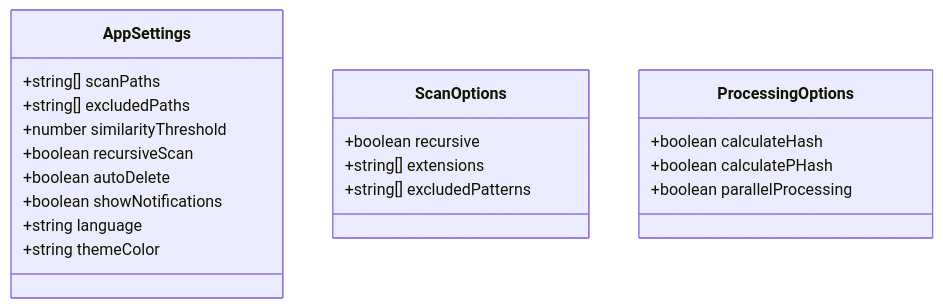
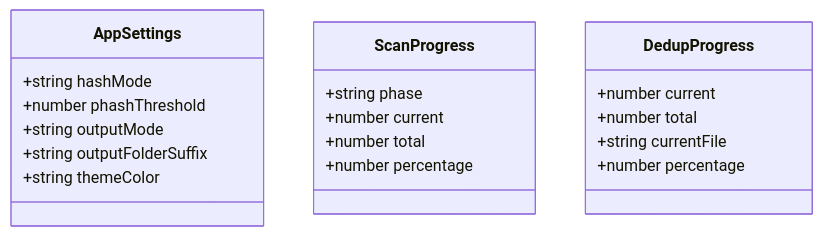
One commit to remgasuki/ReDoPhoto changed the fourth of 10 diagrams in .qoder/repowiki/zh/content/API参考手册/类型定义参考.md. Above: the diagram before and after it, drawn with Mermaid. The commit also changed other lines of this file and 39 other files, not shown here.

````diff
--- a/.qoder/repowiki/zh/content/API参考手册/类型定义参考.md
+++ b/.qoder/repowiki/zh/content/API参考手册/类型定义参考.md
@@ -171,23 +149,22 @@
 ```mermaid
 classDiagram
 class AppSettings {
-+string[] scanPaths
-+string[] excludedPaths
-+number similarityThreshold
-+boolean recursiveScan
-+boolean autoDelete
-+boolean showNotifications
-+string language
++string hashMode
++number phashThreshold
++string outputMode
++string outputFolderSuffix
 +string themeColor
 }
-class ScanOptions {
-+boolean recursive
-+string[] extensions
-+string[] excludedPatterns
+class ScanProgress {
++string phase
++number current
++number total
++number percentage
 }
-class ProcessingOptions {
-+boolean calculateHash
-+boolean calculatePHash
-+boolean parallelProcessing
+class DedupProgress {
++number current
++number total
++string currentFile
++number percentage
 }
 ```
````
